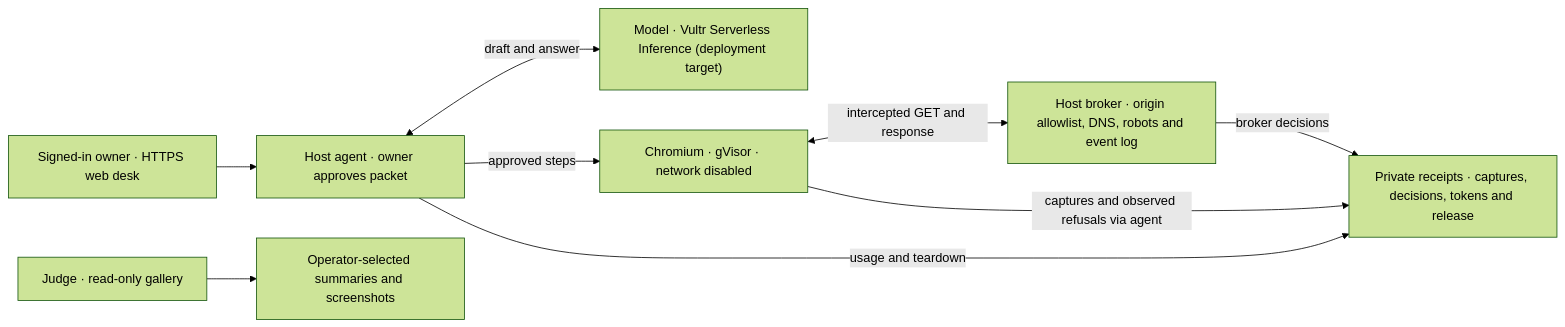
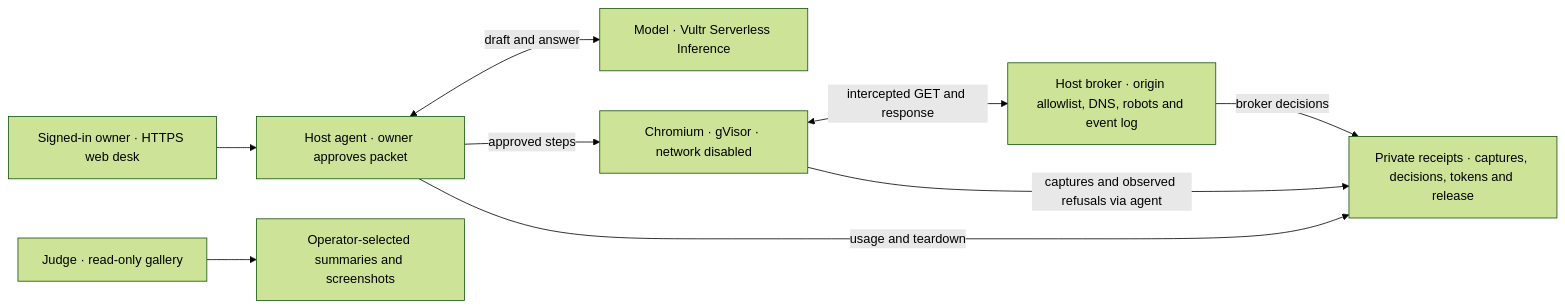
Before and after one commit to raydeStar/hirezero-engine: the diagram in README.md, drawn with Mermaid (forest theme). The commit also changed other lines of this file and 2 other files, not shown here.

First line of the commit message:
Point the README, submission and demo script at the live Vultr deployment

````diff
--- a/README.md
+++ b/README.md
@@ -5,16 +5,16 @@
 ```mermaid
 flowchart LR
-    M["Model · Vultr Serverless Inference (deployment target)"]
+    M["Model · Vultr Serverless Inference"]
     A["Host agent · owner approves packet"]
     B["Chromium · gVisor · network disabled"]
     H["Host broker · origin allowlist, DNS, robots and event log"]
     R["Private receipts · captures, decisions, tokens and release"]
     O["Signed-in owner · HTTPS web desk"] --> A
     J["Judge · read-only gallery"] --> G["Operator-selected summaries and screenshots"]
     A <-->|draft and answer| M
     A -->|approved steps| B
     B <-->|intercepted GET and response| H
     H -->|broker decisions| R
     B -->|captures and observed refusals via agent| R
     A -->|usage and teardown| R
 ```
````
